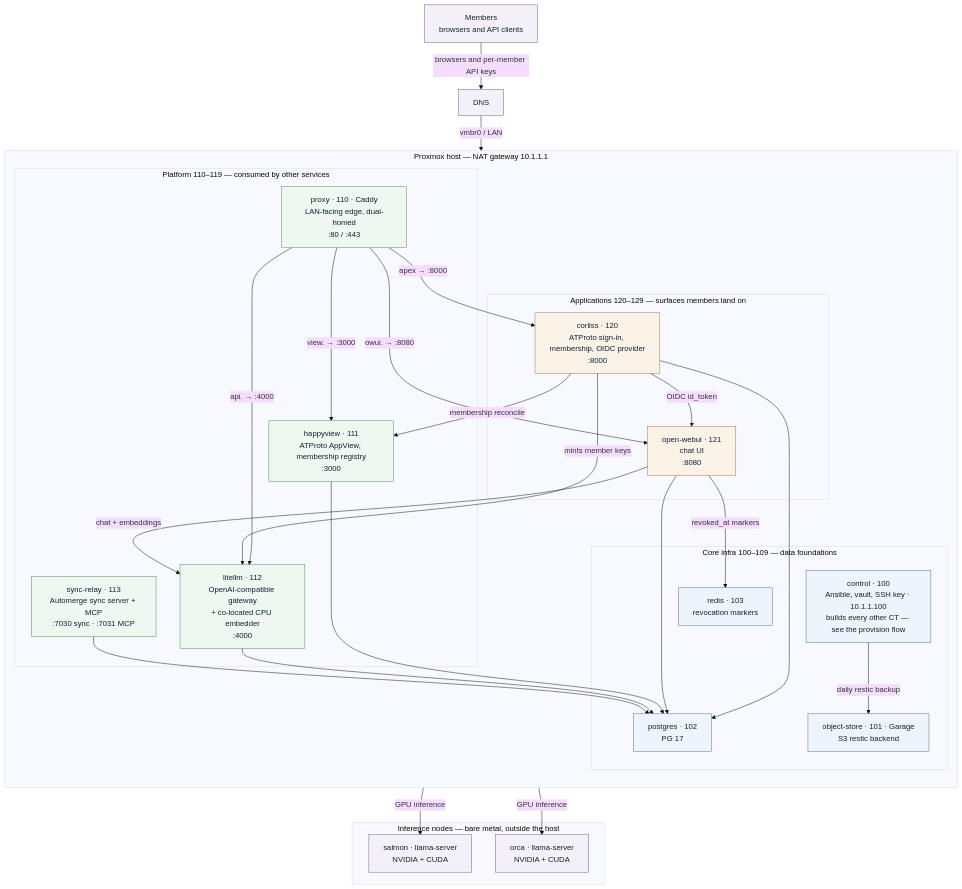
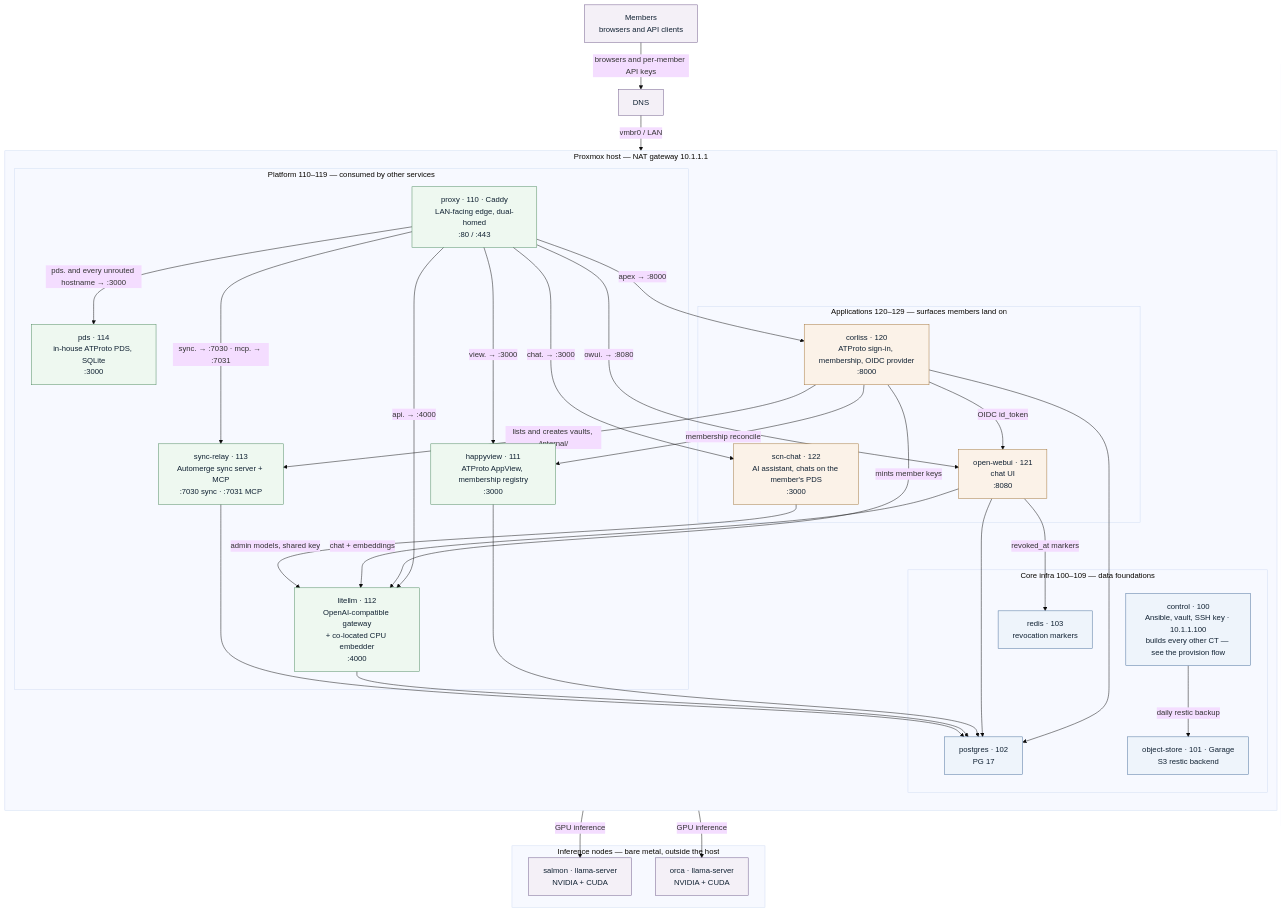
Before and after one commit to Z-Space-Society/zai-ops: the first of 4 diagrams in docs/diagrams.md, drawn with Mermaid (base theme). The commit also changed other lines of this file and 14 other files, not shown here.

````diff
--- a/docs/diagrams.md
+++ b/docs/diagrams.md
@@ -26,66 +26,73 @@
 ```mermaid
 flowchart TB
     members["Members<br/>browsers and API clients"]
     cf["DNS"]
 
     subgraph host["Proxmox host — NAT gateway 10.1.1.1"]
         direction TB
 
         subgraph app["Applications 120–129 — surfaces members land on"]
             corliss["corliss · 120<br/>ATProto sign-in, membership, OIDC provider<br/>:8000"]
             owui["open-webui · 121<br/>chat UI<br/>:8080"]
+            scnchat["scn-chat · 122<br/>AI assistant, chats on the member's PDS<br/>:3000"]
         end
 
         subgraph plat["Platform 110–119 — consumed by other services"]
             proxy["proxy · 110 · Caddy<br/>LAN-facing edge, dual-homed<br/>:80 / :443"]
             happyview["happyview · 111<br/>ATProto AppView, membership registry<br/>:3000"]
             litellm["litellm · 112<br/>OpenAI-compatible gateway<br/>+ co-located CPU embedder<br/>:4000"]
             relay["sync-relay · 113<br/>Automerge sync server + MCP<br/>:7030 sync · :7031 MCP"]
+            pds["pds · 114<br/>in-house ATProto PDS, SQLite<br/>:3000"]
         end
 
         subgraph core["Core infra 100–109 — data foundations"]
             control["control · 100<br/>Ansible, vault, SSH key · 10.1.1.100<br/>builds every other CT — see the provision flow"]
             objstore["object-store · 101 · Garage<br/>S3 restic backend"]
             postgres["postgres · 102<br/>PG 17"]
             redis["redis · 103<br/>revocation markers"]
         end
     end
 
     subgraph inf["Inference nodes — bare metal, outside the host"]
         salmon["salmon · llama-server<br/>NVIDIA + CUDA"]
         orca["orca · llama-server<br/>NVIDIA + CUDA"]
     end
 
     members -->|"browsers and per-member API keys"| cf
     cf -->|"vmbr0 / LAN"| proxy
 
     proxy -->|"apex → :8000"| corliss
     proxy -->|"owui. → :8080"| owui
+    proxy -->|"chat. → :3000"| scnchat
     proxy -->|"api. → :4000"| litellm
     proxy -->|"view. → :3000"| happyview
+    proxy -->|"sync. → :7030 · mcp. → :7031"| relay
+    proxy -->|"pds. and every unrouted hostname → :3000"| pds
 
     corliss -->|"OIDC id_token"| owui
     corliss -->|"membership reconcile"| happyview
     corliss -->|"mints member keys"| litellm
+    corliss -->|"lists and creates vaults, /internal/"| relay
     owui -->|"chat + embeddings"| litellm
     owui -->|"revoked_at markers"| redis
+    scnchat -->|"admin models, shared key"| litellm
     litellm -->|"GPU inference"| salmon
     litellm -->|"GPU inference"| orca
 
     corliss --> postgres
     owui --> postgres
     happyview --> postgres
     litellm --> postgres
     relay --> postgres
 
     control -->|"daily restic backup"| objstore
 
     classDef tierCore fill:#eef4fb,stroke:#4a6f9c,color:#123
     classDef tierPlat fill:#eef8f0,stroke:#4d8a5e,color:#123
     classDef tierApp fill:#fbf2e8,stroke:#a3763c,color:#123
     classDef outside fill:#f4f0f7,stroke:#6f5a8a,color:#123
     class control,objstore,postgres,redis tierCore
-    class proxy,happyview,litellm,relay tierPlat
-    class corliss,owui tierApp
+    class proxy,happyview,litellm,relay,pds tierPlat
+    class corliss,owui,scnchat tierApp
     class salmon,orca,members,cf outside
 ```
````
